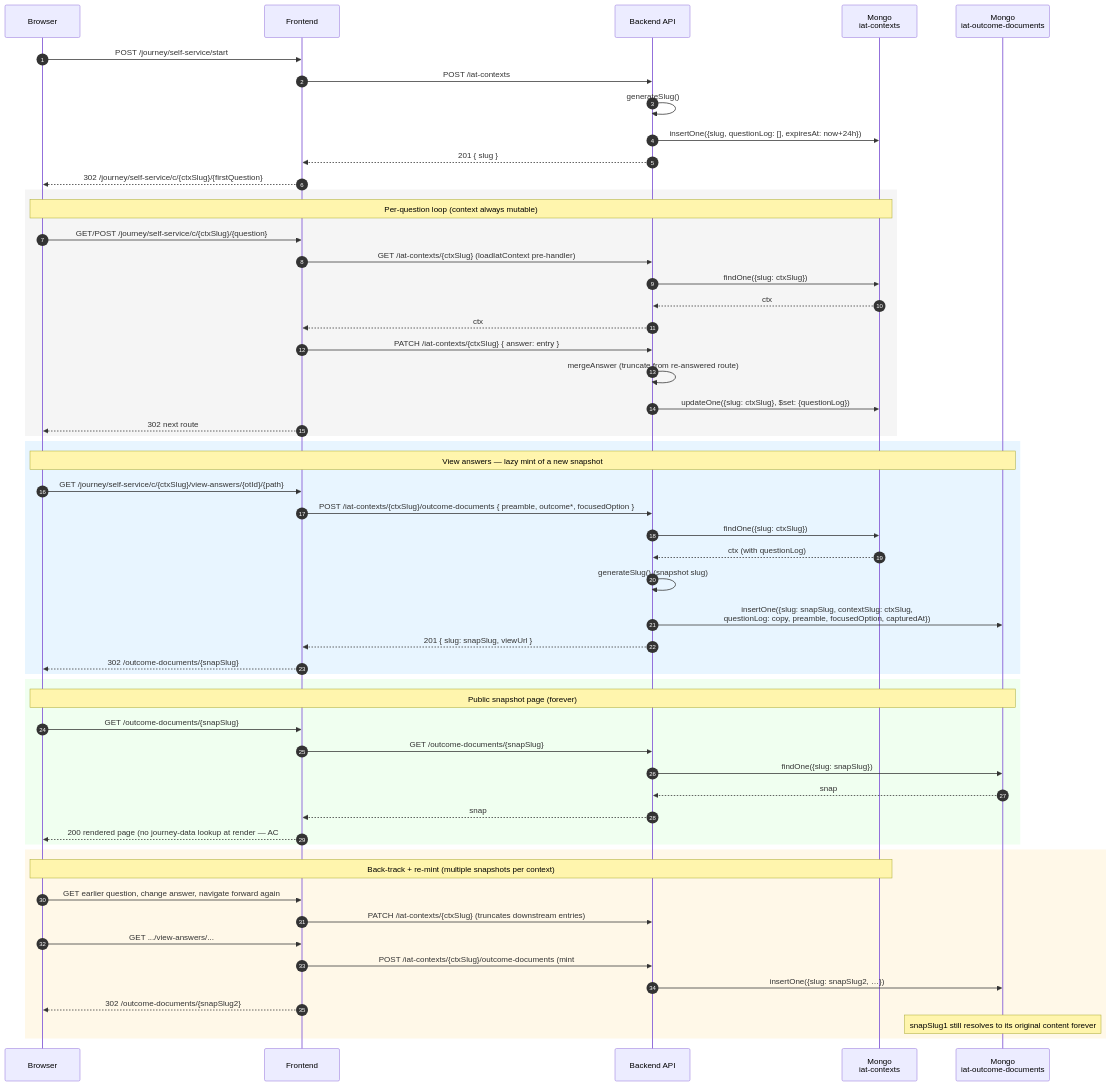
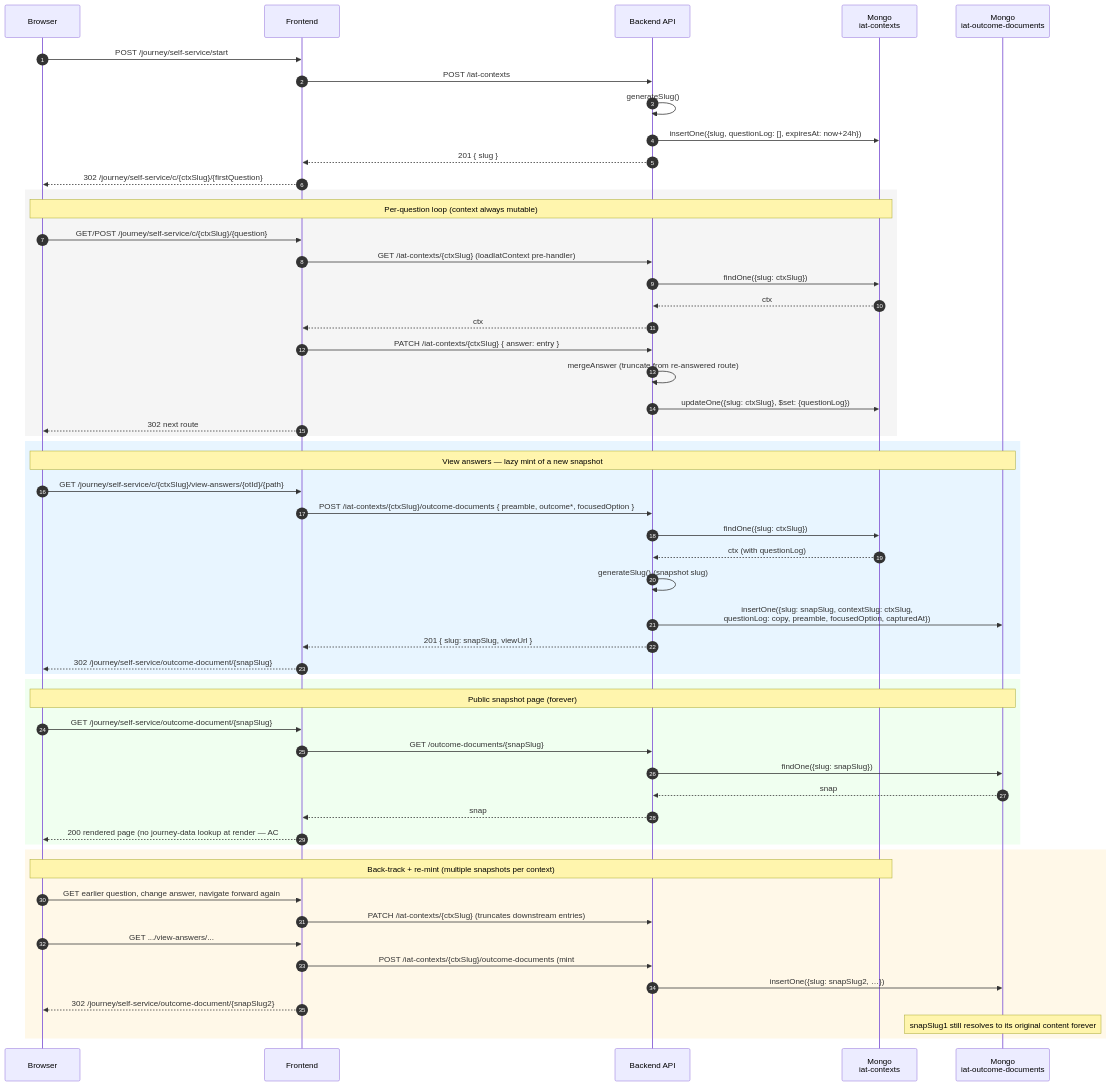
The diagram in src/server/journey/self-service/README.md (uk-gov-mirror/defra.marine-licensing-frontend), drawn with Mermaid before and after one commit. The commit also changed other lines of this file and 8 other files, not shown here.

````diff
--- a/src/server/journey/self-service/README.md
+++ b/src/server/journey/self-service/README.md
@@ -101,62 +114,62 @@
 ```mermaid
 sequenceDiagram
     autonumber
     participant B as Browser
     participant F as Frontend
     participant API as Backend API
     participant MC as Mongo<br/>iat-contexts
     participant MS as Mongo<br/>iat-outcome-documents
 
     B->>F: POST /journey/self-service/start
     F->>API: POST /iat-contexts
     API->>API: generateSlug()
     API->>MC: insertOne({slug, questionLog: [], expiresAt: now+24h})
     API-->>F: 201 { slug }
     F-->>B: 302 /journey/self-service/c/{ctxSlug}/{firstQuestion}
 
     rect rgb(245,245,245)
         note over B,MC: Per-question loop (context always mutable)
         B->>F: GET/POST /journey/self-service/c/{ctxSlug}/{question}
         F->>API: GET /iat-contexts/{ctxSlug}  (loadIatContext pre-handler)
         API->>MC: findOne({slug: ctxSlug})
         MC-->>API: ctx
         API-->>F: ctx
         F->>API: PATCH /iat-contexts/{ctxSlug} { answer: entry }
         API->>API: mergeAnswer (truncate from re-answered route)
         API->>MC: updateOne({slug: ctxSlug}, $set: {questionLog})
         F-->>B: 302 next route
     end
 
     rect rgb(232,245,255)
         note over B,MS: View answers — lazy mint of a new snapshot
         B->>F: GET /journey/self-service/c/{ctxSlug}/view-answers/{otId}/{path}
         F->>API: POST /iat-contexts/{ctxSlug}/outcome-documents { preamble, outcome*, focusedOption }
         API->>MC: findOne({slug: ctxSlug})
         MC-->>API: ctx (with questionLog)
         API->>API: generateSlug() (snapshot slug)
         API->>MS: insertOne({slug: snapSlug, contextSlug: ctxSlug,<br/>questionLog: copy, preamble, focusedOption, capturedAt})
         API-->>F: 201 { slug: snapSlug, viewUrl }
-        F-->>B: 302 /outcome-documents/{snapSlug}
+        F-->>B: 302 /journey/self-service/outcome-document/{snapSlug}
     end
 
     rect rgb(240,255,240)
         note over B,MS: Public snapshot page (forever)
-        B->>F: GET /outcome-documents/{snapSlug}
+        B->>F: GET /journey/self-service/outcome-document/{snapSlug}
         F->>API: GET /outcome-documents/{snapSlug}
         API->>MS: findOne({slug: snapSlug})
         MS-->>API: snap
         API-->>F: snap
         F-->>B: 200 rendered page (no journey-data lookup at render — AC#6)
     end
 
     rect rgb(255,248,232)
         note over B,MC: Back-track + re-mint (multiple snapshots per context)
         B->>F: GET earlier question, change answer, navigate forward again
         F->>API: PATCH /iat-contexts/{ctxSlug}  (truncates downstream entries)
         B->>F: GET .../view-answers/...
         F->>API: POST /iat-contexts/{ctxSlug}/outcome-documents  (mint #2)
         API->>MS: insertOne({slug: snapSlug2, …})
-        F-->>B: 302 /outcome-documents/{snapSlug2}
+        F-->>B: 302 /journey/self-service/outcome-document/{snapSlug2}
         note over MS: snapSlug1 still resolves to its original content forever
     end
 ```
````
